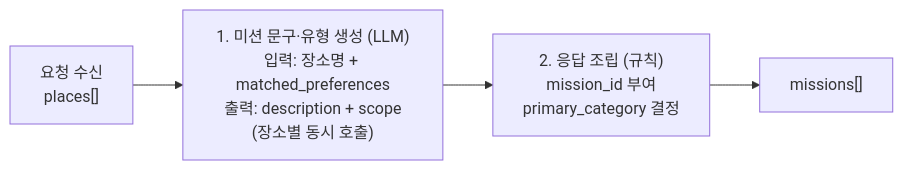
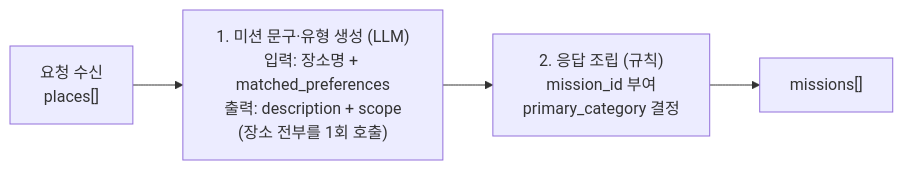
Before and after one commit to 100-hours-a-week/KTB4-20th-AI: the second of 3 diagrams in docs/weeks_task/02_weeks/04.md, drawn with Mermaid. The commit also changed other lines of this file and 7 other files, not shown here.

````diff
--- a/docs/weeks_task/02_weeks/04.md
+++ b/docs/weeks_task/02_weeks/04.md
@@ -336,6 +336,6 @@
 ```mermaid
 flowchart LR
-    A["요청 수신<br/>places[]"] --> S1["1. 미션 문구·유형 생성 (LLM)<br/>입력: 장소명 + matched_preferences<br/>출력: description + scope<br/>(장소별 동시 호출)"]
+    A["요청 수신<br/>places[]"] --> S1["1. 미션 문구·유형 생성 (LLM)<br/>입력: 장소명 + matched_preferences<br/>출력: description + scope<br/>(장소 전부를 1회 호출)"]
     S1 --> S2["2. 응답 조립 (규칙)<br/>mission_id 부여<br/>primary_category 결정"]
     S2 --> B["missions[]"]
 ```
````
